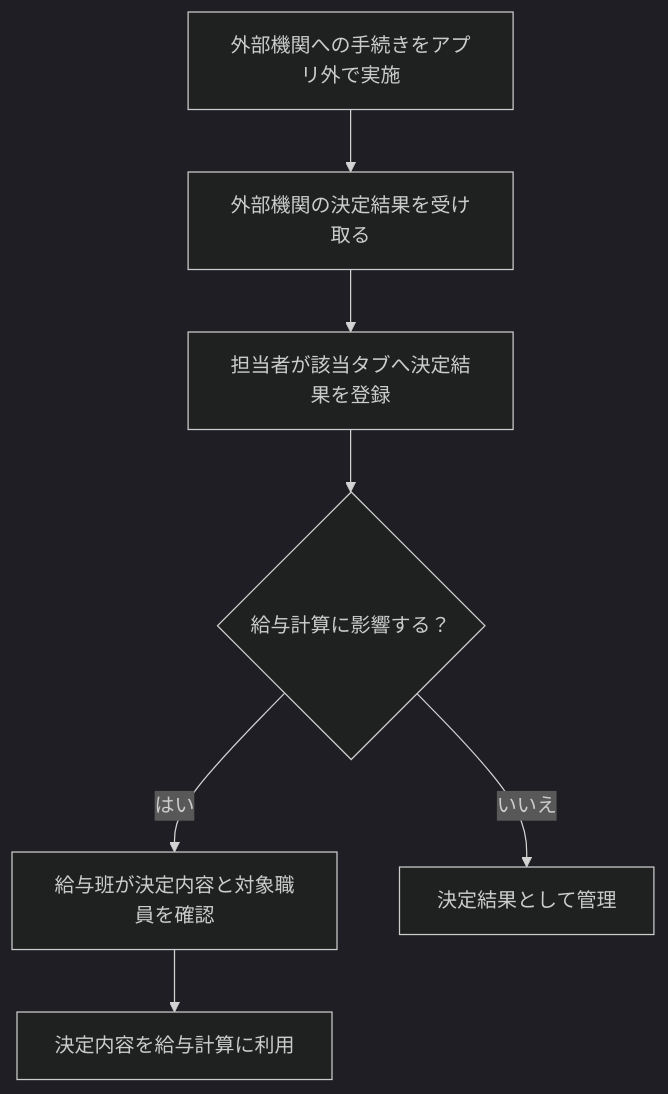
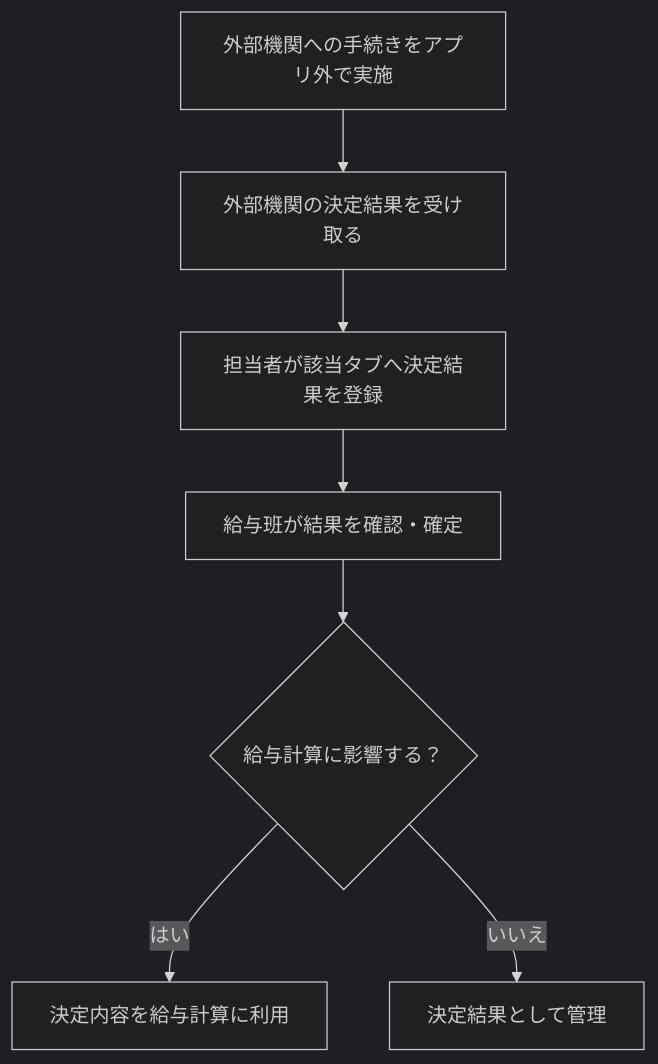
The fourth of 4 diagrams in docs/requirements/business-requirements.md (hirokazu601218/PowerAppsCanvasAppUI), drawn with Mermaid (dark theme) before and after one commit. The commit also changed other lines of this file and 3 other files, not shown here.

````diff
--- a/docs/requirements/business-requirements.md
+++ b/docs/requirements/business-requirements.md
@@ -211,9 +211,9 @@
 ```mermaid
 flowchart TB
     A["外部機関への手続きをアプリ外で実施"] --> D["外部機関の決定結果を受け取る"]
     D --> R["担当者が該当タブへ決定結果を登録"]
-    R --> H{"給与計算に影響する？"}
-    H -->|"はい"| K["給与班が決定内容と対象職員を確認"]
-    K --> P["決定内容を給与計算に利用"]
+    R --> K["給与班が結果を確認・確定"]
+    K --> H{"給与計算に影響する？"}
+    H -->|"はい"| P["決定内容を給与計算に利用"]
     H -->|"いいえ"| O["決定結果として管理"]
 ```
````
